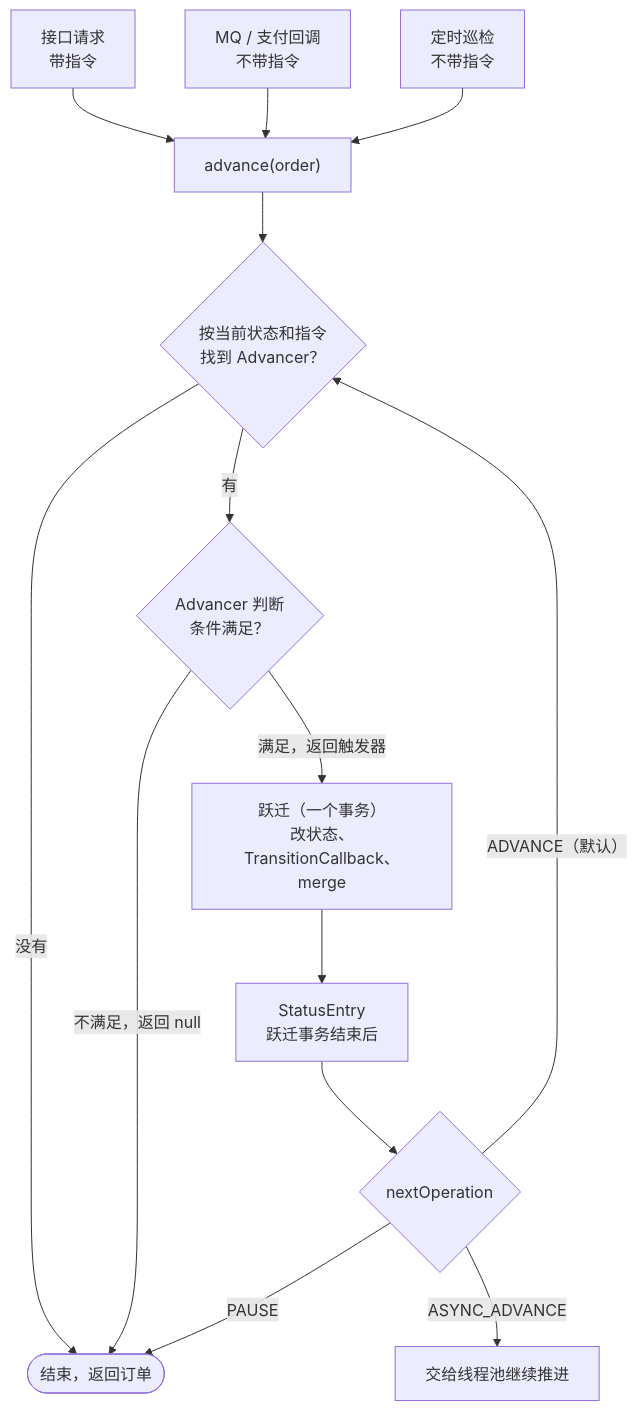
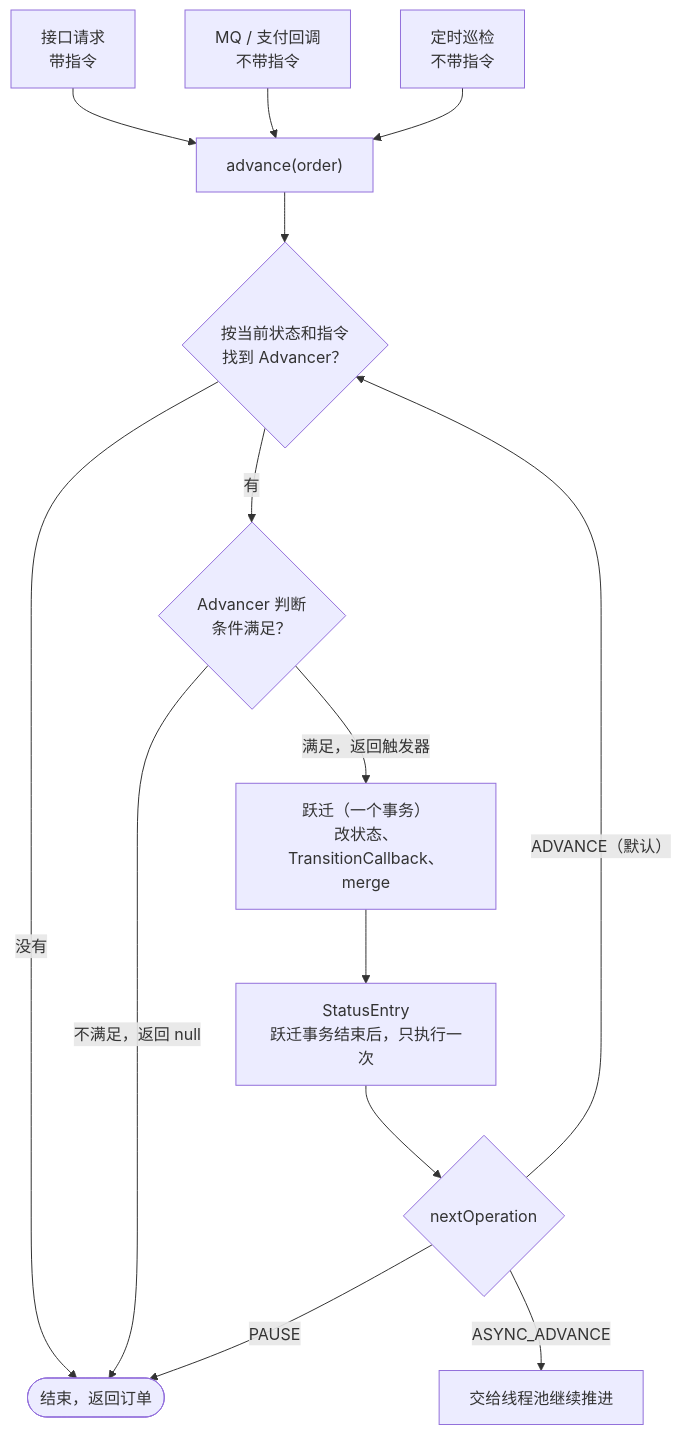
Before and after one commit to godmonth/godmonth-status2: the second of 4 diagrams in doc/tutorial.md, drawn with Mermaid. The commit also changed other lines of this file, not shown here.

First line of the commit message:
docs: state that a StatusEntry runs only once and is never replayed

````diff
--- a/doc/tutorial.md
+++ b/doc/tutorial.md
@@ -65,16 +67,16 @@
 ```mermaid
 flowchart TD
     S1["接口请求<br/>带指令"] --> ADV
     S2["MQ / 支付回调<br/>不带指令"] --> ADV
     S3["定时巡检<br/>不带指令"] --> ADV
     ADV["advance(order)"] --> R{"按当前状态和指令<br/>找到 Advancer？"}
     R -->|没有| STOP(["结束，返回订单"])
     R -->|有| J{"Advancer 判断<br/>条件满足？"}
     J -->|"不满足，返回 null"| STOP
     J -->|"满足，返回触发器"| T["跃迁（一个事务）<br/>改状态、TransitionCallback、merge"]
-    T --> E["StatusEntry<br/>跃迁事务结束后"]
+    T --> E["StatusEntry<br/>跃迁事务结束后，只执行一次"]
     E --> N{"nextOperation"}
     N -->|"ADVANCE（默认）"| R
     N -->|PAUSE| STOP
     N -->|ASYNC_ADVANCE| P["交给线程池继续推进"]
 ```
````
